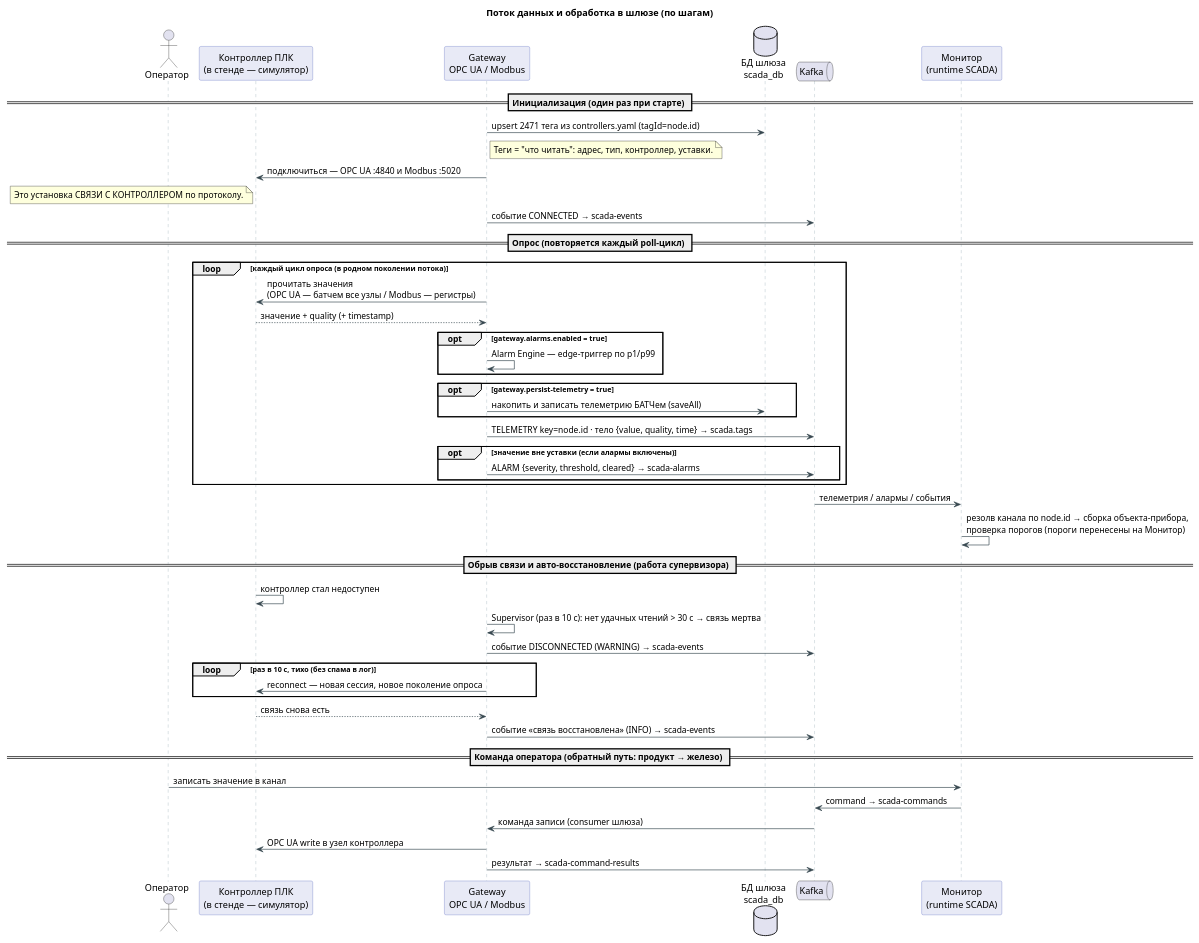
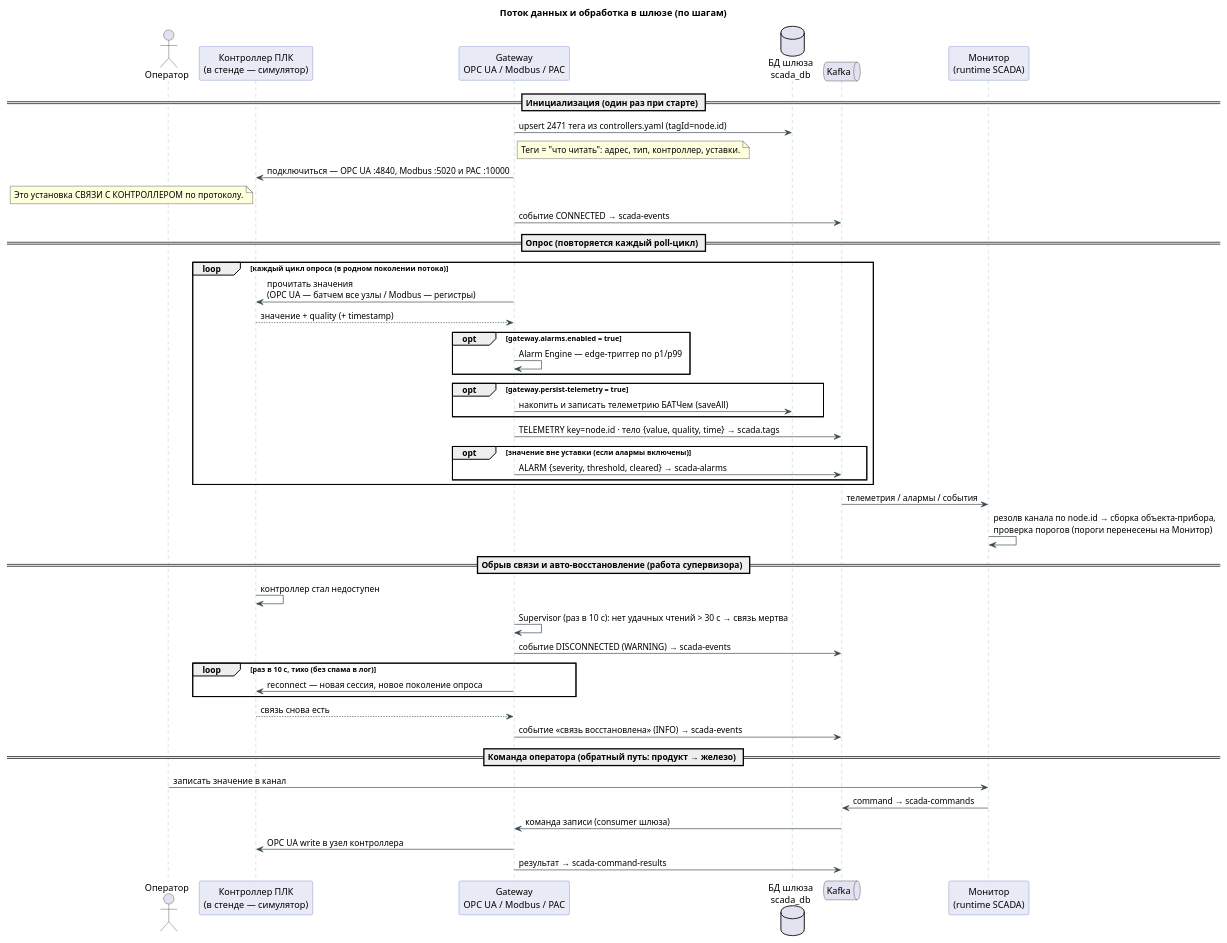
The second of 3 diagrams in docs/architecture.puml (EuZireael/scada-gateway), drawn with PlantUML before and after one commit. The commit also changed other lines of this file and 11 other files, not shown here.

First line of the commit message:
Доки/комментарии: привести к трём протоколам (OPC UA/Modbus/PAC) + фикс топика

```diff
--- a/docs/architecture.puml
+++ b/docs/architecture.puml
@@ -197,65 +197,65 @@
 @startuml SCADA-Gateway-Dataflow
 ' ============================================================================
 '  Поток данных во времени: контроллер → шлюз → Kafka → монитор
 '  (+ авто-reconnect супервизором, алармы, команда оператора)
 ' ============================================================================
 title Поток данных и обработка в шлюзе (по шагам)
 
 skinparam shadowing false
 skinparam defaultFontName "Segoe UI"
 skinparam sequence {
   ArrowColor #37474F
   LifeLineBorderColor #90A4AE
   ParticipantBorderColor #5C6BC0
   ParticipantBackgroundColor #E8EAF6
 }
 
 actor "Оператор" as OP
 participant "Контроллер ПЛК\n(в стенде — симулятор)" as PLC
-participant "Gateway\nOPC UA / Modbus" as GW
+participant "Gateway\nOPC UA / Modbus / PAC" as GW
 database "БД шлюза\nscada_db" as DB
 queue "Kafka" as K
 participant "Монитор\n(runtime SCADA)" as MON
 
 == Инициализация (один раз при старте) ==
 GW -> DB : upsert 2471 тега из controllers.yaml (tagId=node.id)
 note right of GW : Теги = "что читать": адрес, тип, контроллер, уставки.
-GW -> PLC : подключиться — OPC UA :4840 и Modbus :5020
+GW -> PLC : подключиться — OPC UA :4840, Modbus :5020 и PAC :10000
 note left of PLC : Это установка СВЯЗИ С КОНТРОЛЛЕРОМ по протоколу.
 GW -> K   : событие CONNECTED → scada-events
 
 == Опрос (повторяется каждый poll-цикл) ==
 loop каждый цикл опроса (в родном поколении потока)
   GW -> PLC : прочитать значения\n(OPC UA — батчем все узлы / Modbus — регистры)
   PLC --> GW : значение + quality (+ timestamp)
   opt gateway.alarms.enabled = true
     GW -> GW : Alarm Engine — edge-триггер по p1/p99
   end
   opt gateway.persist-telemetry = true
     GW -> DB : накопить и записать телеметрию БАТЧем (saveAll)
   end
   GW -> K  : TELEMETRY  key=node.id · тело {value, quality, time} → scada.tags
   opt значение вне уставки (если алармы включены)
     GW -> K : ALARM {severity, threshold, cleared} → scada-alarms
   end
 end
 K -> MON : телеметрия / алармы / события
 MON -> MON : резолв канала по node.id → сборка объекта-прибора,\nпроверка порогов (пороги перенесены на Монитор)
 
 == Обрыв связи и авто-восстановление (работа супервизора) ==
 PLC -> PLC : контроллер стал недоступен
 GW -> GW   : Supervisor (раз в 10 с): нет удачных чтений > 30 c → связь мертва
 GW -> K    : событие DISCONNECTED (WARNING) → scada-events
 loop раз в 10 c, тихо (без спама в лог)
   GW -> PLC : reconnect — новая сессия, новое поколение опроса
 end
 PLC --> GW : связь снова есть
 GW -> K    : событие «связь восстановлена» (INFO) → scada-events
 
 == Команда оператора (обратный путь: продукт → железо) ==
 OP -> MON : записать значение в канал
 MON -> K  : command → scada-commands
 K -> GW   : команда записи (consumer шлюза)
 GW -> PLC : OPC UA write в узел контроллера
 GW -> K   : результат → scada-command-results
 @enduml
```
